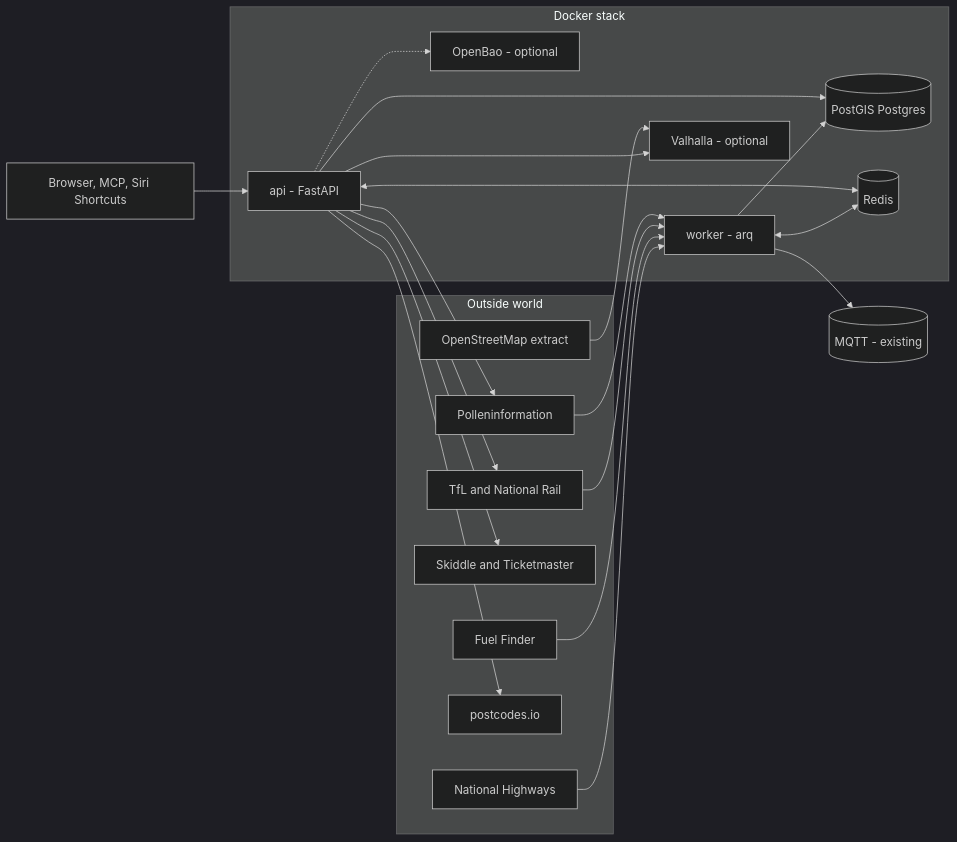
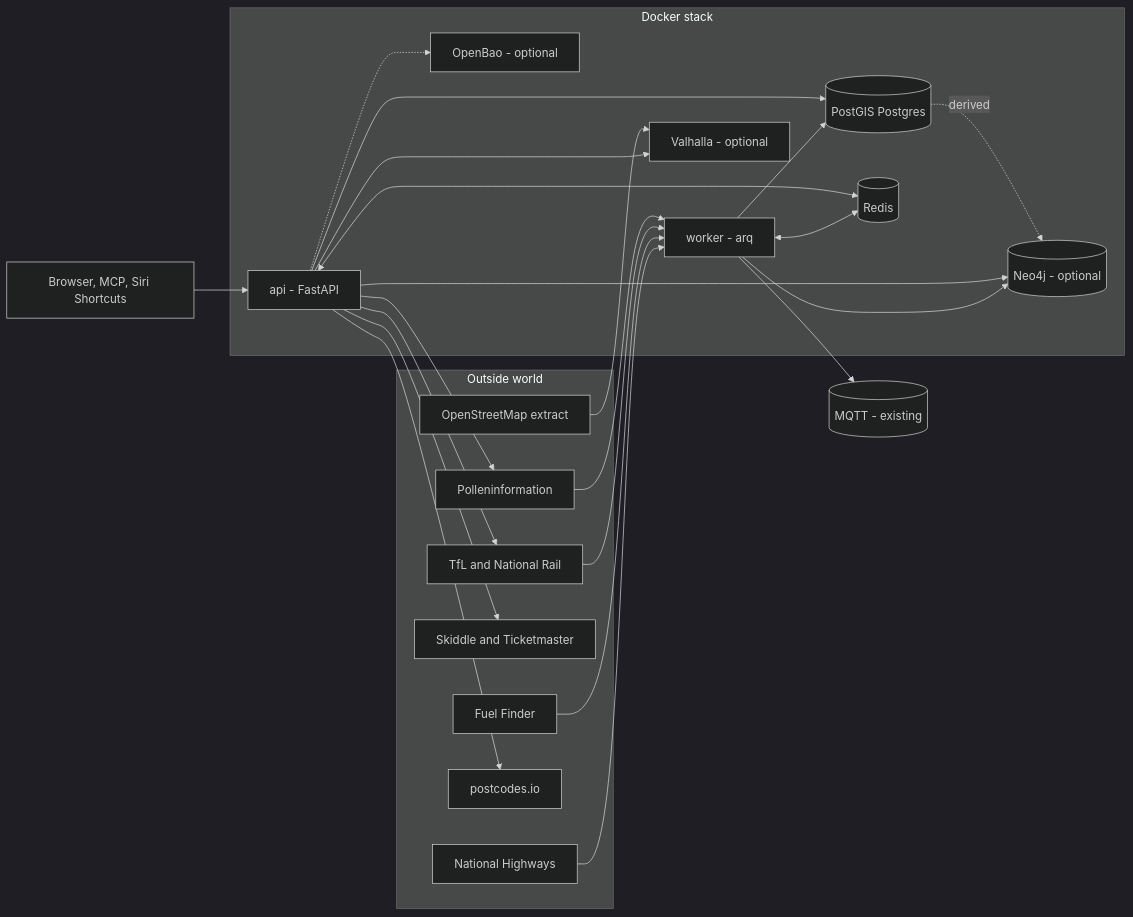
One commit to rpearson-dot/world-assistant changed the diagram in docs/architecture.md. Above: the diagram before and after it, drawn with Mermaid (dark theme). The commit also changed other lines of this file and 22 other files, not shown here.

First line of the commit message:
Graph: a knowledge graph the assistant can walk

````diff
--- a/docs/architecture.md
+++ b/docs/architecture.md
@@ -3,38 +3,42 @@
 ```mermaid
 flowchart LR
   subgraph sources[Outside world]
     NH[National Highways]
     FF[Fuel Finder]
     TF[TfL and National Rail]
     EV[Skiddle and Ticketmaster]
     PO[Polleninformation]
     PC[postcodes.io]
     OSM[OpenStreetMap extract]
   end
   subgraph stack[Docker stack]
     W[worker - arq]
     A[api - FastAPI]
     DB[(PostGIS Postgres)]
     R[(Redis)]
     V[Valhalla - optional]
     O[OpenBao - optional]
+    G[(Neo4j - optional)]
   end
   M[(MQTT - existing)]
   NH --> W
   FF --> W
   TF --> W
   PO --> W
   W --> DB
   W <--> R
   W --> M
   A --> DB
   A --> V
   A --> PC
   A --> EV
   A --> TF
   A --> PO
   A <--> R
+  W --> G
+  A --> G
+  DB -.derived.-> G
   OSM --> V
   A -.-> O
   U[Browser, MCP, Siri Shortcuts] --> A
 ```
````
